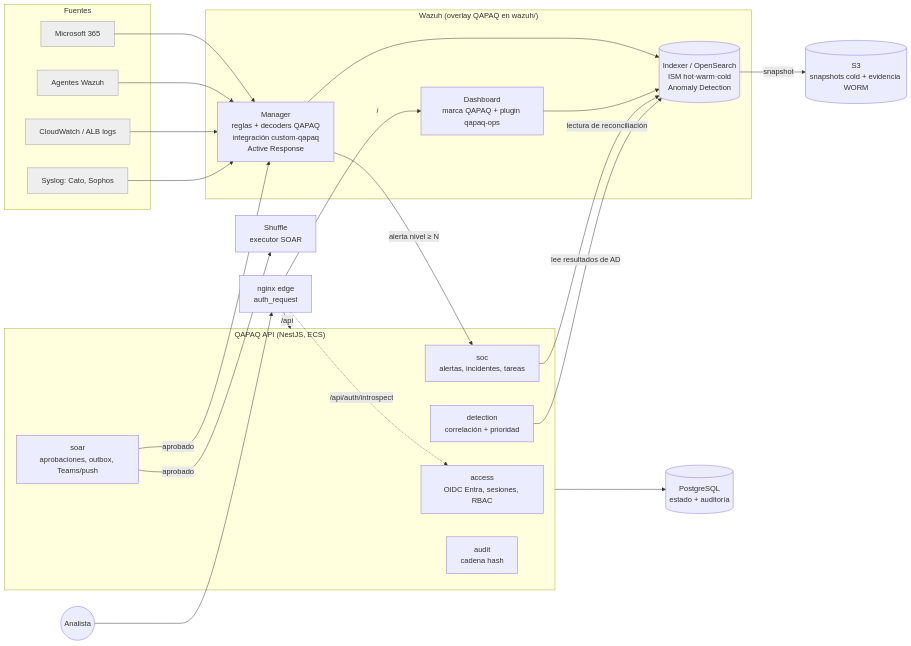
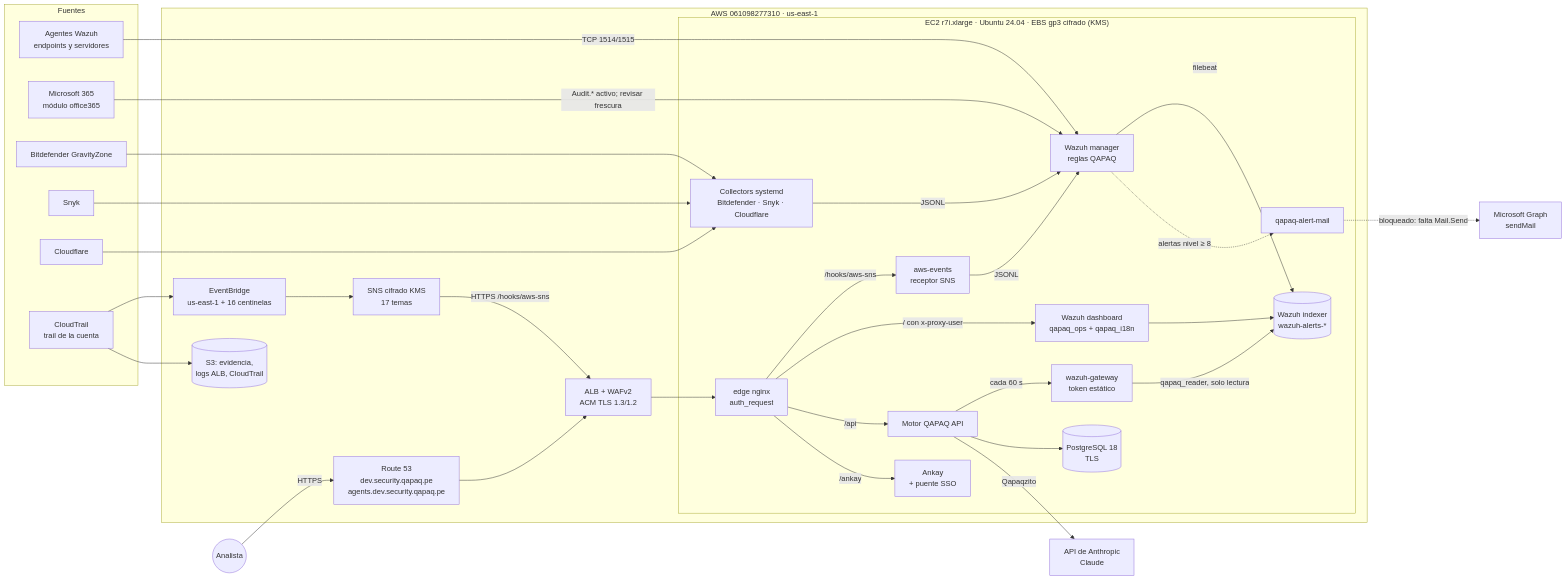
The diagram in docs/02-arquitectura.md (CyberStill-GmbH/qapaq-secops), drawn with Mermaid before and after one commit. The commit also changed other lines of this file and 1162 other files, not shown here.

First line of the commit message:
feat: sync QAPAQ SecOps with everything built in b89-secops (2026-11-02 .. 2026-11-16)

````diff
--- a/docs/02-arquitectura.md
+++ b/docs/02-arquitectura.md
@@ -8,39 +18,49 @@
 ```mermaid
 flowchart LR
   subgraph Fuentes
-    M365[Microsoft 365]:::src
-    AG[Agentes Wazuh]:::src
-    AWS[CloudWatch / ALB logs]:::src
-    SYS[Syslog: Cato, Sophos]:::src
+    AG[Agentes Wazuh<br/>endpoints y servidores]
+    M365[Microsoft 365<br/>módulo office365]
+    BD[Bitdefender GravityZone]
+    SN[Snyk]
+    CF[Cloudflare]
+    CT[CloudTrail<br/>trail de la cuenta]
   end
-  subgraph Wazuh["Wazuh (overlay QAPAQ en wazuh/)"]
-    MGR[Manager<br/>reglas + decoders QAPAQ<br/>integración custom-qapaq<br/>Active Response]
-    IDX[(Indexer / OpenSearch<br/>ISM hot·warm·cold<br/>Anomaly Detection)]
-    DSB[Dashboard<br/>marca QAPAQ + plugin qapaq-ops]
+  subgraph AWS["AWS 061098277310 · us-east-1"]
+    EB[EventBridge<br/>us-east-1 + 16 centinelas]
+    SNS[SNS cifrado KMS<br/>17 temas]
+    R53[Route 53<br/>dev.security.qapaq.pe<br/>agents.dev.security.qapaq.pe]
+    ALB[ALB + WAFv2<br/>ACM TLS 1.3/1.2]
+    S3[(S3: evidencia,<br/>logs ALB, CloudTrail)]
+    subgraph EC2["EC2 r7i.xlarge · Ubuntu 24.04 · EBS gp3 cifrado (KMS)"]
+      EDGE[edge nginx<br/>auth_request]
+      AWSR[aws-events<br/>receptor SNS]
+      COL[Collectors systemd<br/>Bitdefender · Snyk · Cloudflare]
+      MGR[Wazuh manager<br/>reglas QAPAQ]
+      IDX[(Wazuh indexer<br/>wazuh-alerts-*)]
+      DSB[Wazuh dashboard<br/>qapaq_ops + qapaq_i18n]
+      GW[wazuh-gateway<br/>token estático]
+      API[Motor QAPAQ API]
+      PG[(PostgreSQL 18<br/>TLS)]
+      RESP[Ankay<br/>+ puente SSO]
+      MAIL[qapaq-alert-mail]
+    end
   end
-  subgraph QAPAQ["QAPAQ API (NestJS, ECS)"]
-    ACC[access<br/>OIDC Entra, sesiones, RBAC]
-    SOC[soc<br/>alertas, incidentes, tareas]
-    DET[detection<br/>correlación + prioridad]
-    SOAR[soar<br/>aprobaciones, outbox, Teams/push]
-    AUD[audit<br/>cadena hash]
-  end
-  PG[(PostgreSQL<br/>estado + auditoría)]
-  S3[(S3<br/>snapshots cold + evidencia WORM)]
-  SH[Shuffle<br/>executor SOAR]
-  EDGE[nginx edge<br/>auth_request]
-  U((Analista)) --> EDGE
-  EDGE -->|"/"| DSB
-  EDGE -->|"/api"| QAPAQ
-  EDGE -.->|"/api/auth/introspect"| ACC
-  M365 & AG & AWS & SYS --> MGR --> IDX
+  ANTH[API de Anthropic<br/>Claude]
+  GRAPH[Microsoft Graph<br/>sendMail]
+  U((Analista)) -->|HTTPS| R53 --> ALB --> EDGE
+  AG -->|TCP 1514/1515| MGR
+  M365 -->|Audit.* activo; revisar frescura| MGR
+  BD & SN & CF --> COL -->|JSONL| MGR
+  CT --> EB --> SNS -->|HTTPS /hooks/aws-sns| ALB
+  CT --> S3
+  EDGE -->|/hooks/aws-sns| AWSR -->|JSONL| MGR
+  MGR -->|filebeat| IDX
   DSB --> IDX
-  MGR -->|alerta nivel ≥ N| SOC
-  SOC -->|lectura de reconciliación| IDX
-  DET -->|lee resultados de AD| IDX
-  QAPAQ --> PG
-  IDX -->|snapshot| S3
-  SOAR -->|aprobado| MGR
-  SOAR -->|aprobado| SH
-classDef src fill:#eee,stroke:#999
+  EDGE -->|/ con x-proxy-user| DSB
+  EDGE -->|/api| API
+  EDGE -->|/ankay| RESP
+  API -->|cada 60 s| GW -->|qapaq_reader, solo lectura| IDX
+  API --> PG
+  API -->|Qapaqzito| ANTH
+  MGR -.->|alertas nivel ≥ 8| MAIL -.->|bloqueado: falta Mail.Send| GRAPH
 ```
````
